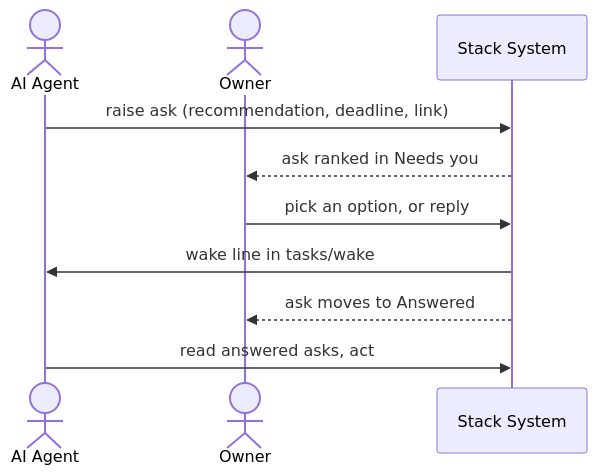
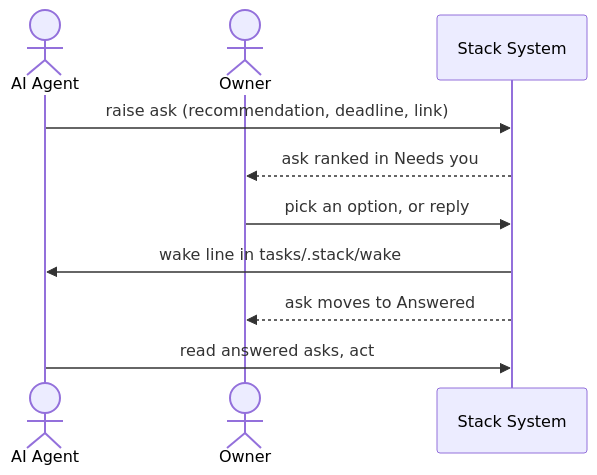
Before and after one commit to Xerilium/stack: the fourth of 5 diagrams in .xe/customer-journey.md, drawn with Mermaid. The commit also changed 97 other files, not shown here.

````diff
--- a/.xe/customer-journey.md
+++ b/.xe/customer-journey.md
@@ -54,12 +54,12 @@
 ```mermaid
 sequenceDiagram
     actor Agent as AI Agent
     actor Owner as Owner
     participant Stack as Stack System
     Agent->>Stack: raise ask (recommendation, deadline, link)
     Stack-->>Owner: ask ranked in Needs you
     Owner->>Stack: pick an option, or reply
-    Stack->>Agent: wake line in tasks/wake
+    Stack->>Agent: wake line in tasks/.stack/wake
     Stack-->>Owner: ask moves to Answered
     Agent->>Stack: read answered asks, act
 ```
````
